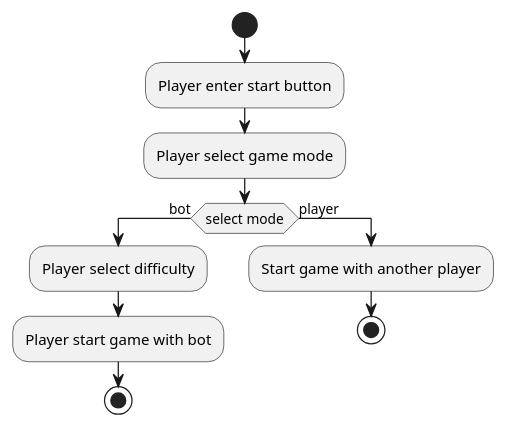
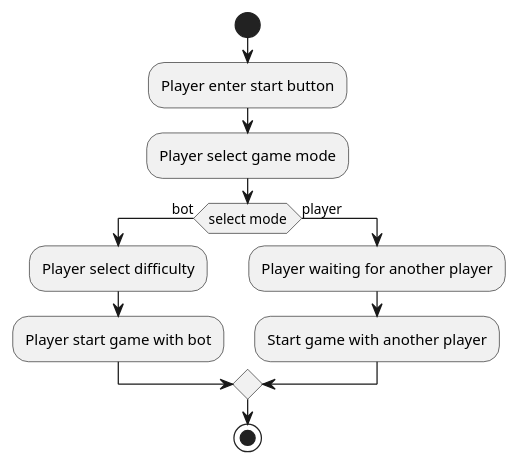
Before and after one commit to nthanq2505/PlantUML-for-ChessGame: the diagram in activities/playerStartGame.pu, drawn with PlantUML. The commit also changed 13 other files, not shown here.

```diff
--- a/activities/playerStartGame.pu
+++ b/activities/playerStartGame.pu
@@ -1,15 +1,16 @@
 @startuml
 
 start
 
 :Player enter start button;
 :Player select game mode;
 if (select mode) then (bot)
     :Player select difficulty;
     :Player start game with bot;
-    stop
 else (player)
+    :Player waiting for another player;
     :Start game with another player;
-    stop
+endif
+stop
 
 @enduml
```
